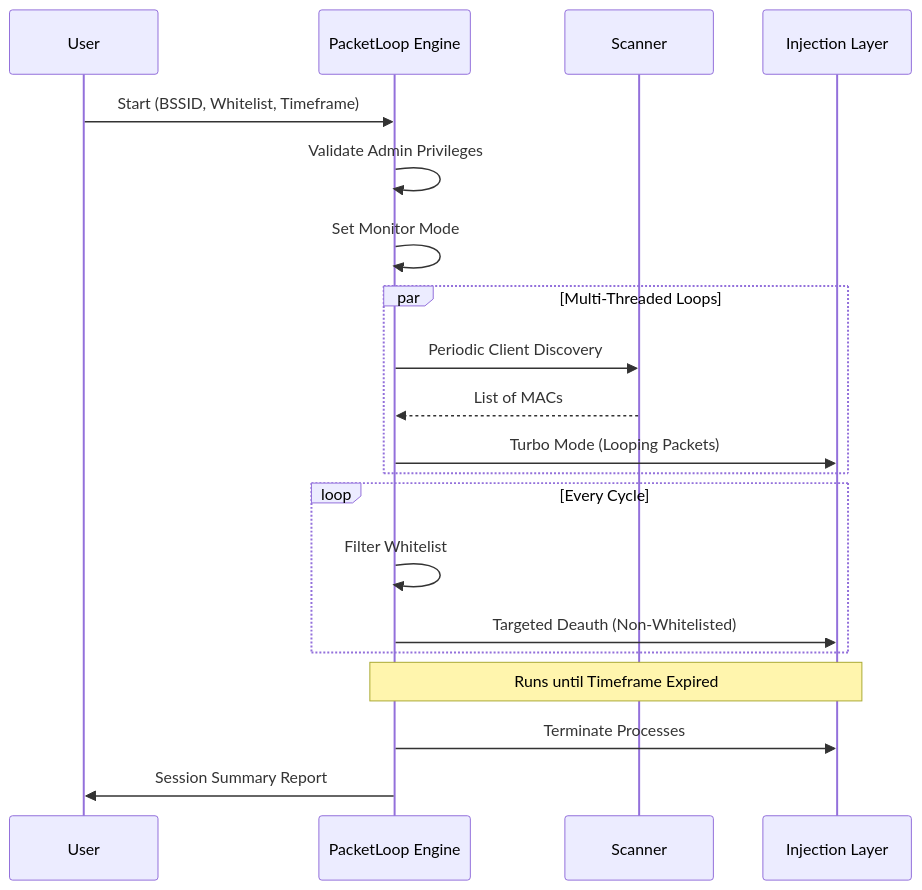
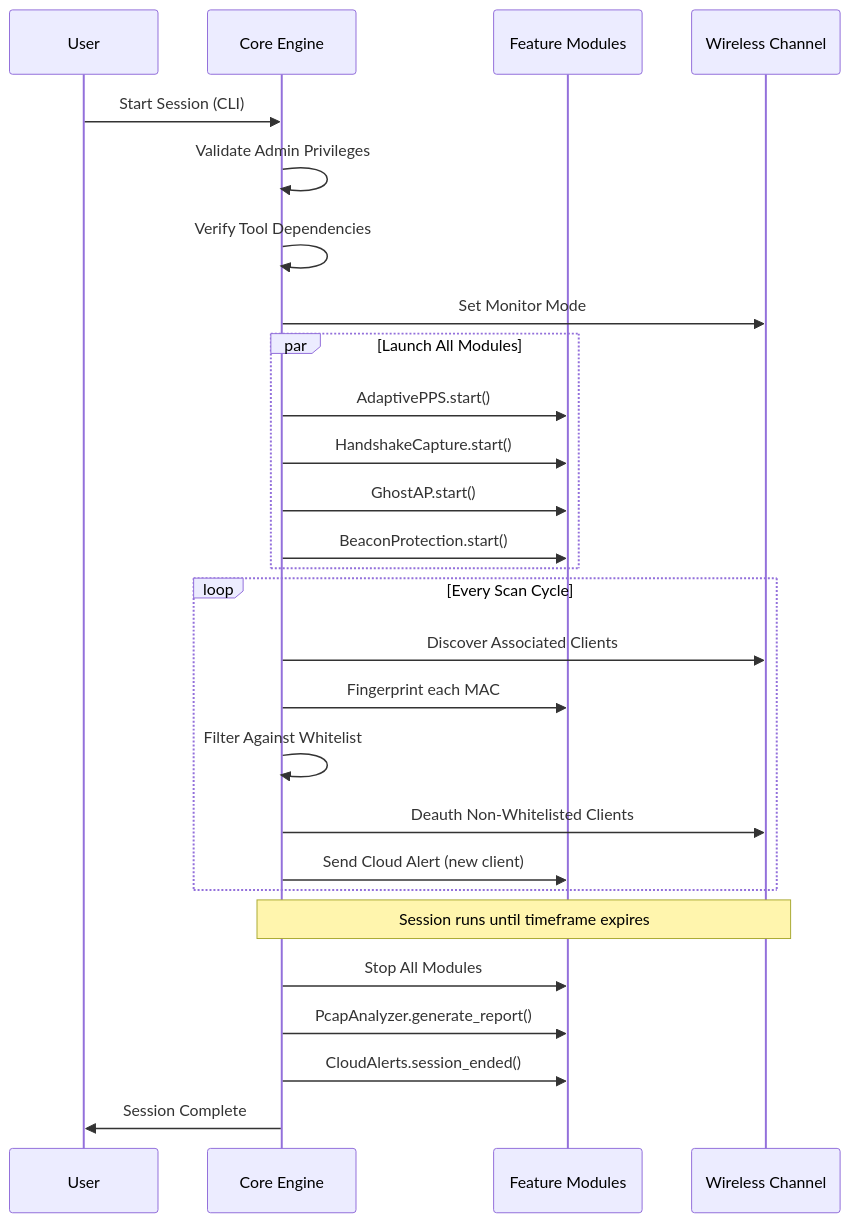
One commit to lordradez23/PacketLoop changed the second of 2 diagrams in README.md. Above: the diagram before and after it, drawn with Mermaid. The commit also changed other lines of this file and 1 other file, not shown here.

Commit message:
release: integrate all features 2-10 into core engine and update complete documentation

````diff
--- a/README.md
+++ b/README.md
@@ -48,26 +62,34 @@
 ```mermaid
 sequenceDiagram
     participant User
-    participant App as PacketLoop Engine
-    participant Scan as Scanner
-    participant Attack as Injection Layer
-    
-    User->>App: Start (BSSID, Whitelist, Timeframe)
-    App->>App: Validate Admin Privileges
-    App->>App: Set Monitor Mode
-    
-    Par Multi-Threaded Loops
-        App->>Scan: Periodic Client Discovery
-        Scan-->>App: List of MACs
-        App->>Attack: Turbo Mode (Looping Packets)
-    End
-    
-    Loop Every Cycle
-        App->>App: Filter Whitelist
-        App->>Attack: Targeted Deauth (Non-Whitelisted)
-    End
-    
-    Note over App, Attack: Runs until Timeframe Expired
-    App->>Attack: Terminate Processes
-    App->>User: Session Summary Report
+    participant Engine as Core Engine
+    participant Modules as Feature Modules
+    participant Channel as Wireless Channel
+
+    User->>Engine: Start Session (CLI)
+    Engine->>Engine: Validate Admin Privileges
+    Engine->>Engine: Verify Tool Dependencies
+    Engine->>Channel: Set Monitor Mode
+
+    par Launch All Modules
+        Engine->>Modules: AdaptivePPS.start()
+        Engine->>Modules: HandshakeCapture.start()
+        Engine->>Modules: GhostAP.start()
+        Engine->>Modules: BeaconProtection.start()
+    end
+
+    loop Every Scan Cycle
+        Engine->>Channel: Discover Associated Clients
+        Engine->>Modules: Fingerprint each MAC
+        Engine->>Engine: Filter Against Whitelist
+        Engine->>Channel: Deauth Non-Whitelisted Clients
+        Engine->>Modules: Send Cloud Alert (new client)
+    end
+
+    Note over Engine, Channel: Session runs until timeframe expires
+
+    Engine->>Modules: Stop All Modules
+    Engine->>Modules: PcapAnalyzer.generate_report()
+    Engine->>Modules: CloudAlerts.session_ended()
+    Engine->>User: Session Complete
 ```
````
